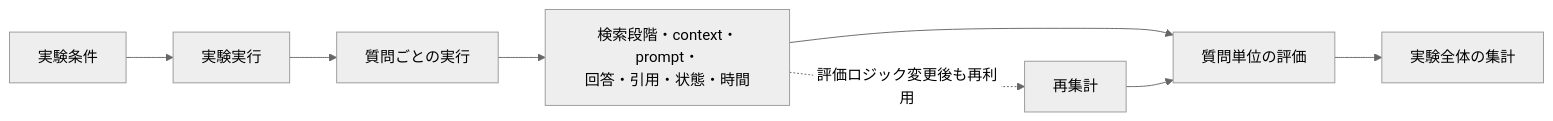
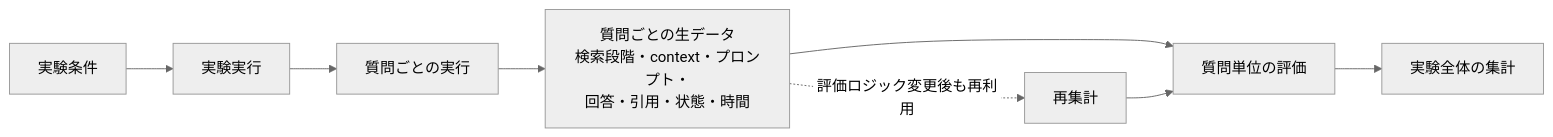
One commit to takashit16833/RAGScope changed the sixth of 6 diagrams in project-docs/design/システムアーキテクチャ.md. Above: the diagram before and after it, drawn with Mermaid (neutral theme). The commit also changed other lines of this file and 2 other files, not shown here.

Commit message:
refactor system architecture and documentation guidelines

````diff
--- a/project-docs/design/システムアーキテクチャ.md
+++ b/project-docs/design/システムアーキテクチャ.md
@@ -336,10 +358,10 @@
 ```mermaid
 flowchart LR
     Config["実験条件"] --> Run["実験実行"]
     Run --> CaseRun["質問ごとの実行"]
-    CaseRun --> Raw["検索段階・context・prompt・<br>回答・引用・状態・時間"]
+    CaseRun --> Raw["質問ごとの生データ<br>検索段階・context・プロンプト・<br>回答・引用・状態・時間"]
     Raw --> Metric["質問単位の評価"]
     Metric --> Aggregate["実験全体の集計"]
     Raw -. "評価ロジック変更後も再利用" .-> Recalculate["再集計"]
     Recalculate --> Metric
 ```
````
